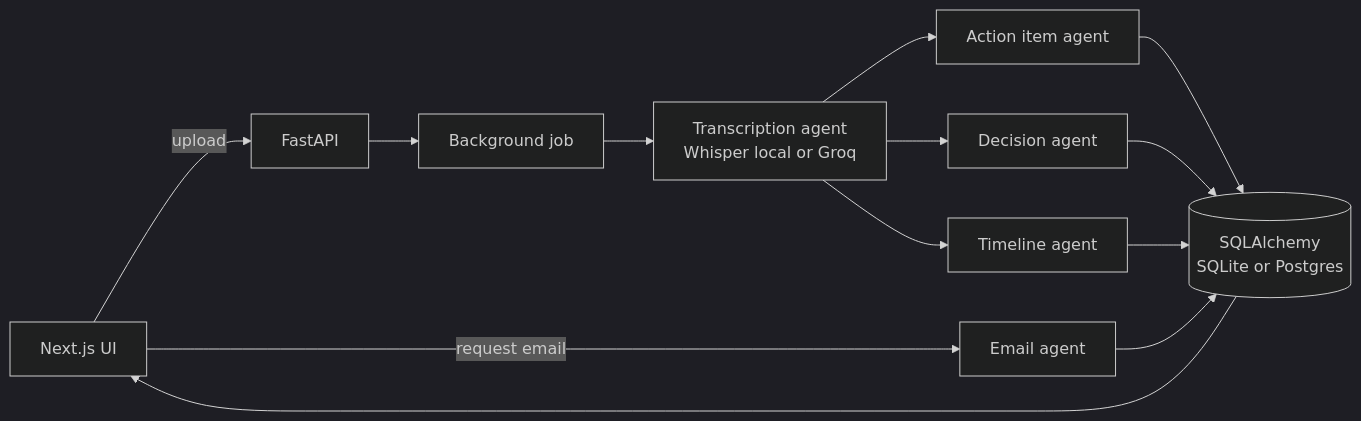
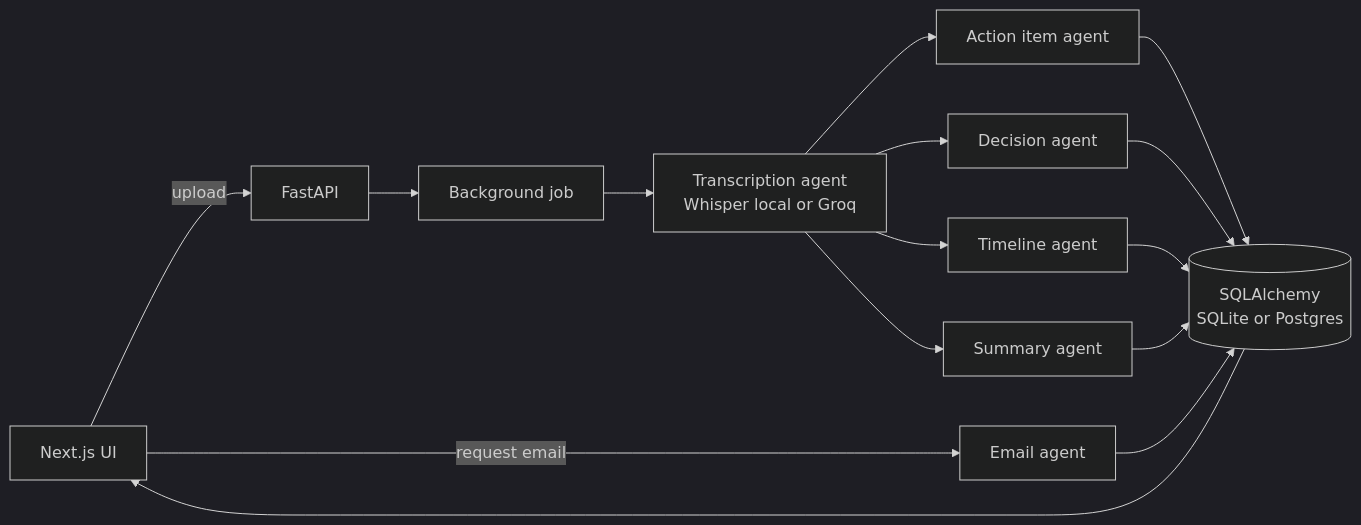
The diagram in README.md (Jai-Negi/meeting-intelligence), drawn with Mermaid (dark theme) before and after one commit. The commit also changed other lines of this file, not shown here.

Commit message:
docs: add the summary agent to the README

````diff
--- a/README.md
+++ b/README.md
@@ -25,12 +26,13 @@
 ```mermaid
 flowchart LR
     UI[Next.js UI] -- upload --> API[FastAPI]
     API --> JOB[Background job]
     JOB --> T[Transcription agent<br/>Whisper local or Groq]
     T --> A[Action item agent]
     T --> D[Decision agent]
     T --> TL[Timeline agent]
-    A & D & TL --> DB[(SQLAlchemy<br/>SQLite or Postgres)]
+    T --> S[Summary agent]
+    A & D & TL & S --> DB[(SQLAlchemy<br/>SQLite or Postgres)]
     UI -- request email --> E[Email agent] --> DB
     DB --> UI
 ```
````
